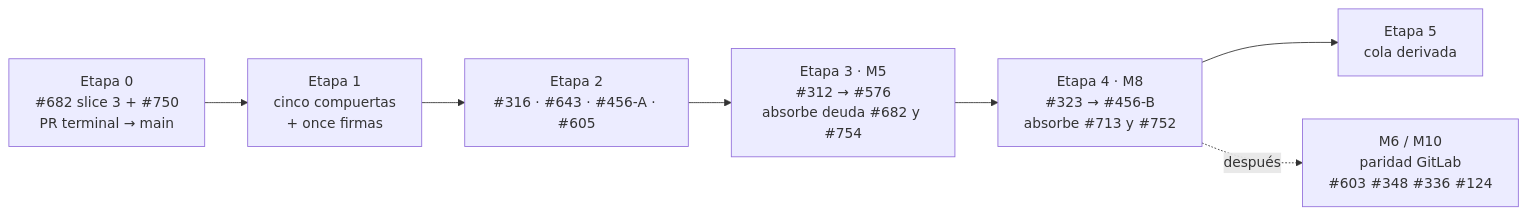
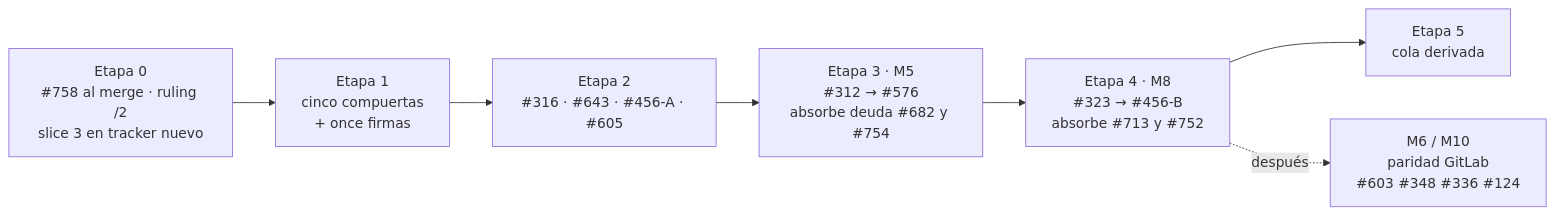
One commit to csrinaldi/brain changed the diagram in docs/inbox/ROADMAP-M5-M8.md. Above: the diagram before and after it, drawn with Mermaid. The commit also changed other lines of this file, not shown here.

````diff
--- a/docs/inbox/ROADMAP-M5-M8.md
+++ b/docs/inbox/ROADMAP-M5-M8.md
@@ -173,9 +204,9 @@
 ```mermaid
 graph LR
-  E0["Etapa 0<br/>#682 slice 3 + #750<br/>PR terminal → main"] --> E1["Etapa 1<br/>cinco compuertas<br/>+ once firmas"]
+  E0["Etapa 0<br/>#758 al merge · ruling /2<br/>slice 3 en tracker nuevo"] --> E1["Etapa 1<br/>cinco compuertas<br/>+ once firmas"]
   E1 --> E2["Etapa 2<br/>#316 · #643 · #456-A · #605"]
   E2 --> M5["Etapa 3 · M5<br/>#312 → #576<br/>absorbe deuda #682 y #754"]
   M5 --> M8["Etapa 4 · M8<br/>#323 → #456-B<br/>absorbe #713 y #752"]
   M8 --> E5["Etapa 5<br/>cola derivada"]
   M8 -.después.-> P["M6 / M10<br/>paridad GitLab<br/>#603 #348 #336 #124"]
 ```
````
